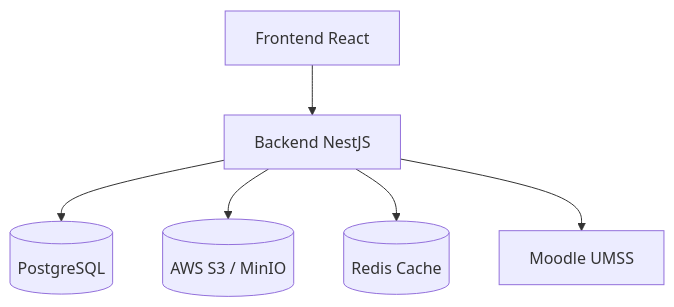
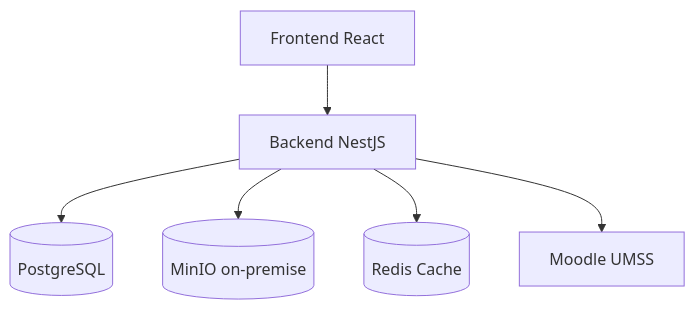
One commit to cgomez-mpsia/simoncloud-m3 changed the seventh of 10 diagrams in docs/fsd/FSD_vFinal.md. Above: the diagram before and after it, drawn with Mermaid. The commit also changed other lines of this file and 6 other files, not shown here.

````diff
--- a/docs/fsd/FSD_vFinal.md
+++ b/docs/fsd/FSD_vFinal.md
@@ -651,8 +651,8 @@
 ```mermaid
 graph TD
     UI[Frontend React] --> API[Backend NestJS]
     API --> DB[(PostgreSQL)]
-    API --> S3[(AWS S3 / MinIO)]
+    API --> S3[(MinIO on-premise)]
     API --> Redis[(Redis Cache)]
     API --> Moodle[Moodle UMSS]
 ```
````
